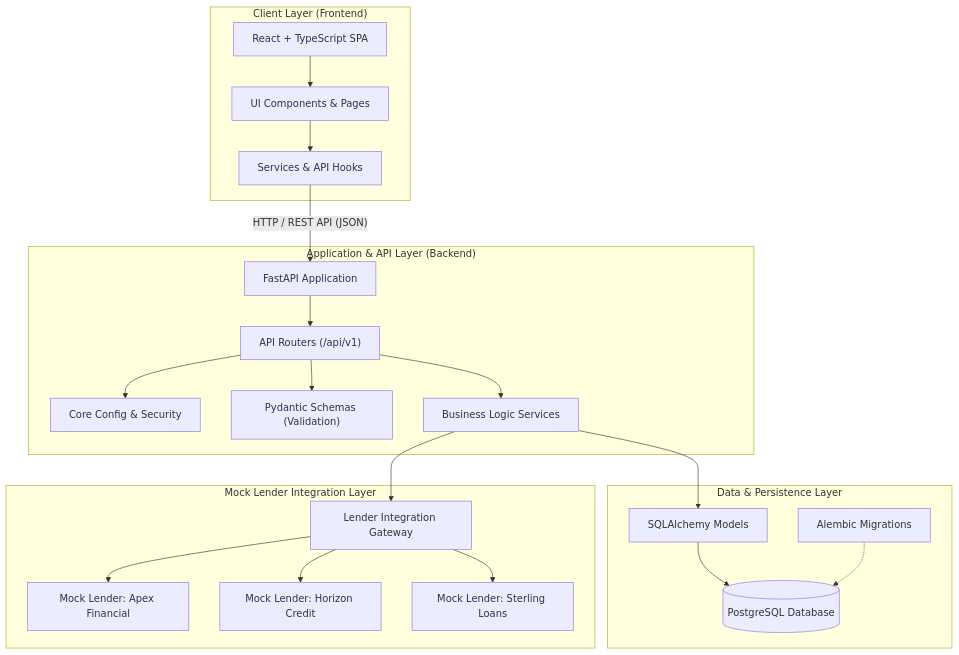
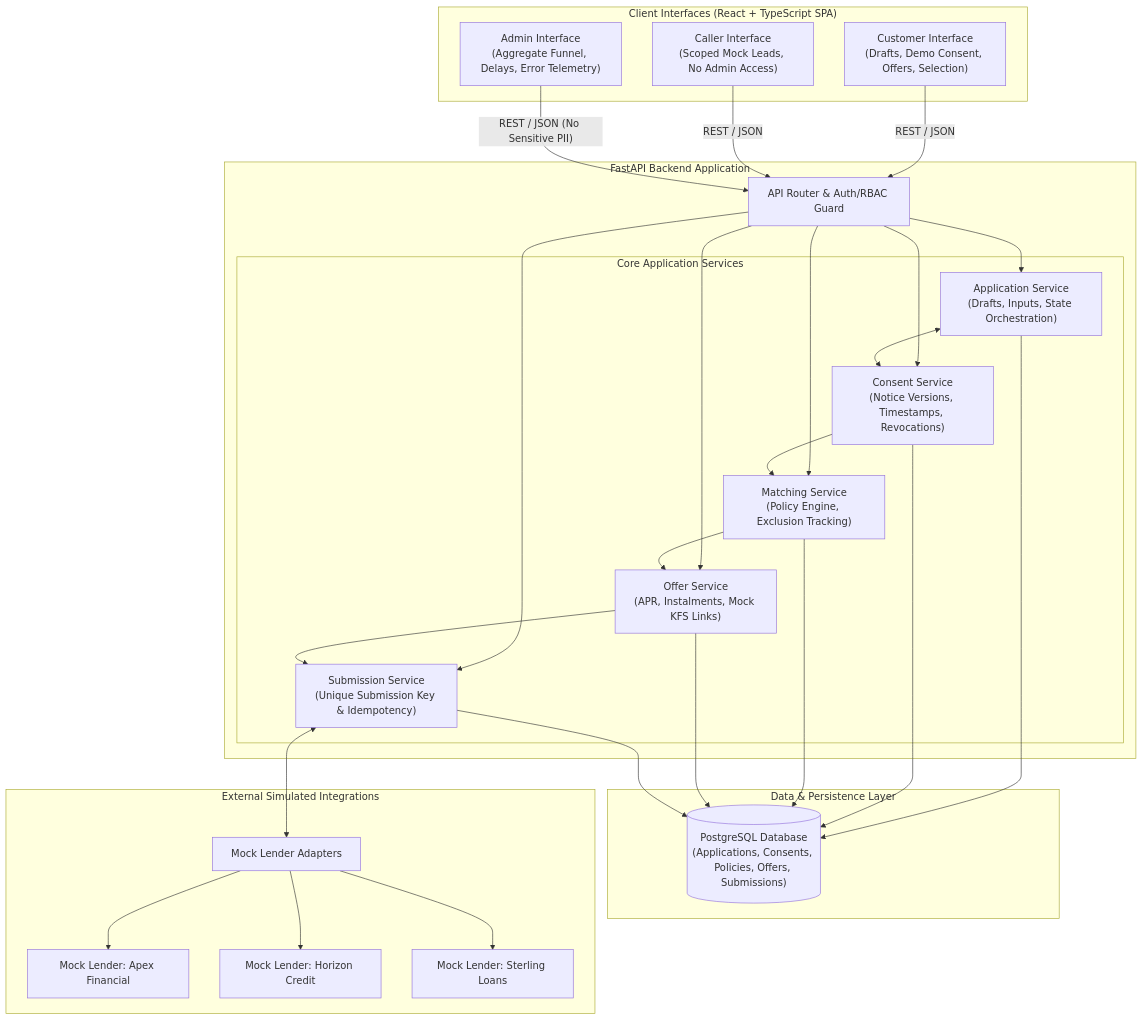
The diagram in docs/architecture.md (Roushan0012/Mini-loan-marketplace), drawn with Mermaid before and after one commit. The commit also changed other lines of this file and 2 other files, not shown here.

````diff
--- a/docs/architecture.md
+++ b/docs/architecture.md
@@ -17,47 +19,57 @@
 ```mermaid
 flowchart TD
-    subgraph ClientLayer ["Client Layer (Frontend)"]
-        UI["React + TypeScript SPA"]
-        Components["UI Components & Pages"]
-        StateService["Services & API Hooks"]
-        UI --> Components
-        Components --> StateService
+    subgraph ClientInterfaces ["Client Interfaces (React + TypeScript SPA)"]
+        CustomerUI["Customer Interface<br>(Drafts, Demo Consent, Offers, Selection)"]
+        CallerUI["Caller Interface<br>(Scoped Mock Leads, No Admin Access)"]
+        AdminUI["Admin Interface<br>(Aggregate Funnel, Delays, Error Telemetry)"]
     end
 
-    subgraph APILayer ["Application & API Layer (Backend)"]
-        FastAPIApp["FastAPI Application"]
-        Router["API Routers (/api/v1)"]
-        Core["Core Config & Security"]
-        Schemas["Pydantic Schemas (Validation)"]
-        Services["Business Logic Services"]
+    subgraph BackendApp ["FastAPI Backend Application"]
+        APIRouter["API Router & Auth/RBAC Guard"]
 
-        FastAPIApp --> Router
-        Router --> Core
-        Router --> Schemas
-        Router --> Services
+        subgraph CoreServices ["Core Application Services"]
+            AppService["Application Service<br>(Drafts, Inputs, State Orchestration)"]
+            ConsentService["Consent Service<br>(Notice Versions, Timestamps, Revocations)"]
+            MatchingService["Matching Service<br>(Policy Engine, Exclusion Tracking)"]
+            OfferService["Offer Service<br>(APR, Instalments, Mock KFS Links)"]
+            SubmissionService["Submission Service<br>(Unique Submission Key & Idempotency)"]
+        end
+
+        APIRouter --> AppService
+        APIRouter --> ConsentService
+        APIRouter --> MatchingService
+        APIRouter --> OfferService
+        APIRouter --> SubmissionService
+
+        AppService <--> ConsentService
+        ConsentService --> MatchingService
+        MatchingService --> OfferService
+        OfferService --> SubmissionService
     end
 
-    subgraph DataLayer ["Data & Persistence Layer"]
-        ORM["SQLAlchemy Models"]
-        Alembic["Alembic Migrations"]
-        DB[("PostgreSQL Database")]
+    subgraph PersistenceLayer ["Data & Persistence Layer"]
+        DB[("PostgreSQL Database<br>(Applications, Consents, Policies, Offers, Submissions)")]
 
-        Services --> ORM
-        ORM --> DB
-        Alembic -.-> DB
+        AppService --> DB
+        ConsentService --> DB
+        MatchingService --> DB
+        OfferService --> DB
+        SubmissionService --> DB
     end
 
-    subgraph MockLenderLayer ["Mock Lender Integration Layer"]
-        LenderInterface["Lender Integration Gateway"]
-        MockLender1["Mock Lender: Apex Financial"]
-        MockLender2["Mock Lender: Horizon Credit"]
-        MockLender3["Mock Lender: Sterling Loans"]
+    subgraph ExternalSimulations ["External Simulated Integrations"]
+        LenderAdapters["Mock Lender Adapters"]
+        Lender1["Mock Lender: Apex Financial"]
+        Lender2["Mock Lender: Horizon Credit"]
+        Lender3["Mock Lender: Sterling Loans"]
 
-        Services --> LenderInterface
-        LenderInterface --> MockLender1
-        LenderInterface --> MockLender2
-        LenderInterface --> MockLender3
+        SubmissionService <--> LenderAdapters
+        LenderAdapters --> Lender1
+        LenderAdapters --> Lender2
+        LenderAdapters --> Lender3
     end
 
-    StateService -->|"HTTP / REST API (JSON)"| FastAPIApp
+    CustomerUI -->|"REST / JSON"| APIRouter
+    CallerUI -->|"REST / JSON"| APIRouter
+    AdminUI -->|"REST / JSON (No Sensitive PII)"| APIRouter
 ```
````
